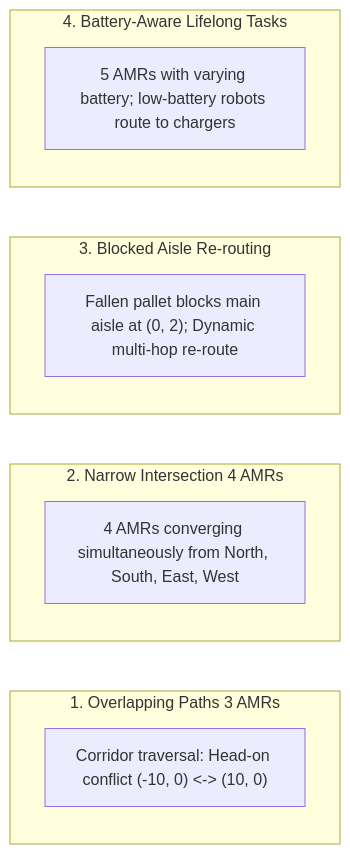
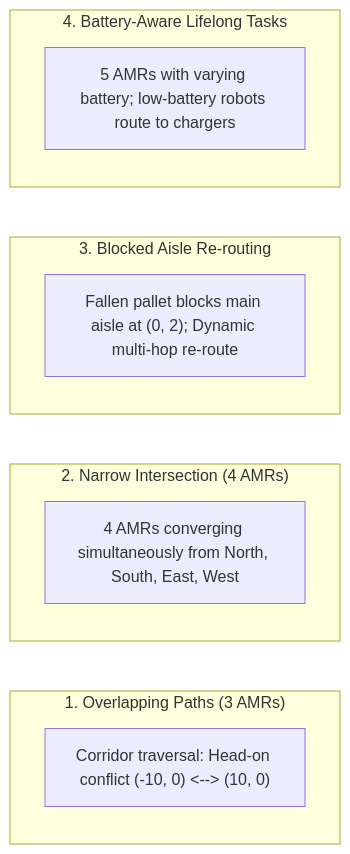
The diagram in docs/benchmark.md (Hrishabh7664/decentralized-amr-fleet), drawn with Mermaid before and after one commit. The commit also changed 3 other files, not shown here.

Commit message:
fix(docs): resolve Mermaid flowchart syntax errors, fix KaTeX math parsing, and update badge URLs

````diff
--- a/docs/benchmark.md
+++ b/docs/benchmark.md
@@ -16,15 +16,15 @@
 ```mermaid
-graph LR
-    subgraph Scenario 1 [1. Overlapping Paths 3 AMRs]
-        S1["Corridor traversal: Head-on conflict (-10, 0) <-> (10, 0)"]
+flowchart LR
+    subgraph sc1 ["1. Overlapping Paths (3 AMRs)"]
+        S1["Corridor traversal: Head-on conflict (-10, 0) <--> (10, 0)"]
     end
-    subgraph Scenario 2 [2. Narrow Intersection 4 AMRs]
+    subgraph sc2 ["2. Narrow Intersection (4 AMRs)"]
         S2["4 AMRs converging simultaneously from North, South, East, West"]
     end
-    subgraph Scenario 3 [3. Blocked Aisle Re-routing]
+    subgraph sc3 ["3. Blocked Aisle Re-routing"]
         S3["Fallen pallet blocks main aisle at (0, 2); Dynamic multi-hop re-route"]
     end
-    subgraph Scenario 4 [4. Battery-Aware Lifelong Tasks]
+    subgraph sc4 ["4. Battery-Aware Lifelong Tasks"]
         S4["5 AMRs with varying battery; low-battery robots route to chargers"]
     end
 ```
````
